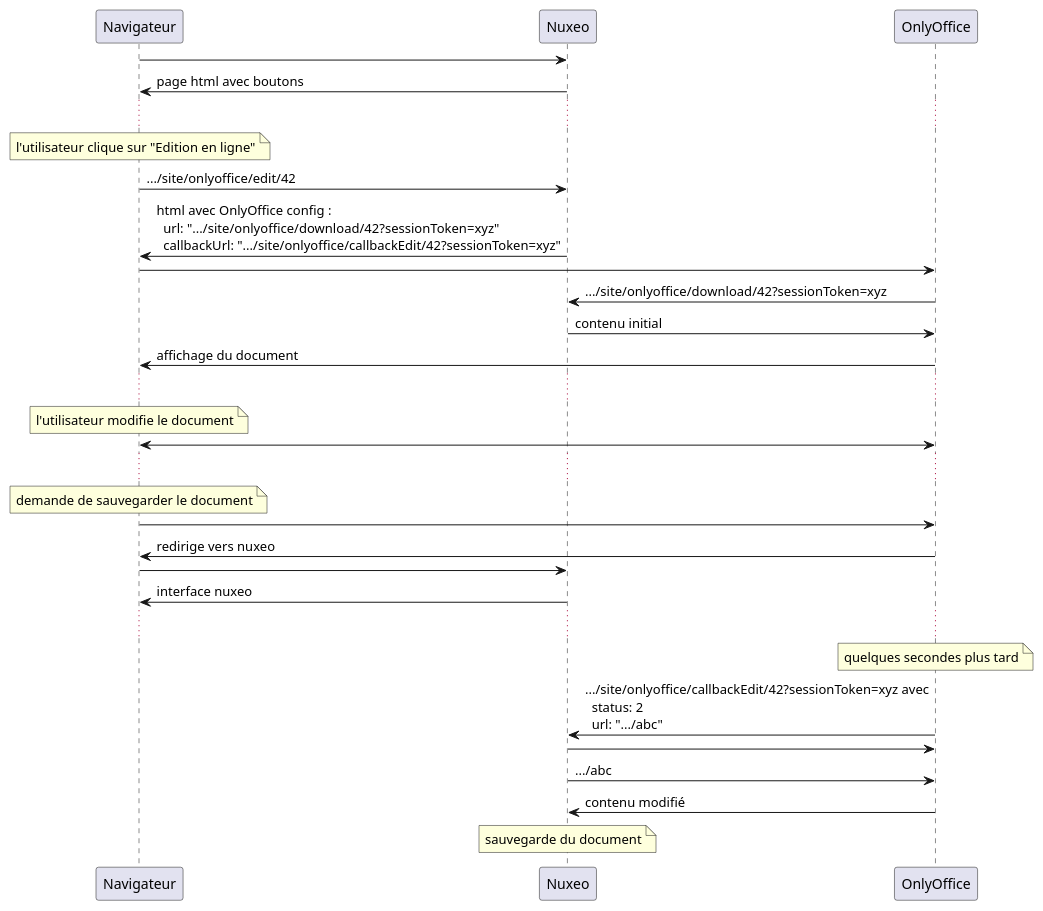
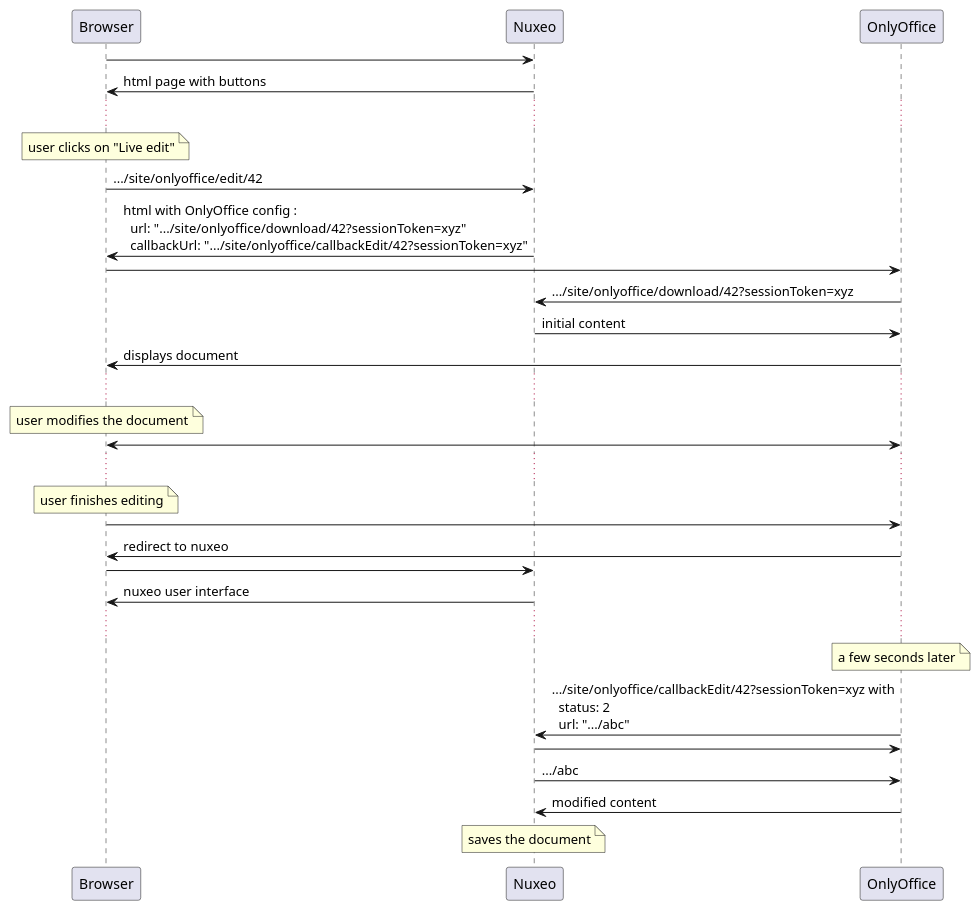
One commit to prigaux/nuxeo-onlyoffice changed the diagram in docs/diagrammes.puml. Above: the diagram before and after it, drawn with PlantUML. The commit also changed 1 other file, not shown here.

Commit message:
diagrams: english translation

```diff
--- a/docs/diagrammes.puml
+++ b/docs/diagrammes.puml
@@ -1,36 +1,36 @@
 @startuml diagramme-edit
 
-Navigateur->Nuxeo: 
-Nuxeo->Navigateur: page html avec boutons
+Browser->Nuxeo: 
+Nuxeo->Browser: html page with buttons
 
 ...
-note over Navigateur: l'utilisateur clique sur "Edition en ligne"
+note over Browser: user clicks on "Live edit"
 
-Navigateur->Nuxeo: .../site/onlyoffice/edit/42
-Nuxeo -> Navigateur: html avec OnlyOffice config :\n  url: ".../site/onlyoffice/download/42?sessionToken=xyz"\n  callbackUrl: ".../site/onlyoffice/callbackEdit/42?sessionToken=xyz"
+Browser->Nuxeo: .../site/onlyoffice/edit/42
+Nuxeo -> Browser: html with OnlyOffice config :\n  url: ".../site/onlyoffice/download/42?sessionToken=xyz"\n  callbackUrl: ".../site/onlyoffice/callbackEdit/42?sessionToken=xyz"
     
-Navigateur -> OnlyOffice
+Browser -> OnlyOffice
 OnlyOffice -> Nuxeo : .../site/onlyoffice/download/42?sessionToken=xyz
-Nuxeo -> OnlyOffice : contenu initial
-OnlyOffice -> Navigateur : affichage du document
+Nuxeo -> OnlyOffice : initial content
+OnlyOffice -> Browser : displays document
 
 ...
-note over Navigateur : l'utilisateur modifie le document
-Navigateur <-> OnlyOffice :
+note over Browser : user modifies the document
+Browser <-> OnlyOffice :
 ...
 
-note over Navigateur : demande de sauvegarder le document
-Navigateur -> OnlyOffice :
-OnlyOffice -> Navigateur : redirige vers nuxeo
-Navigateur -> Nuxeo :
-Nuxeo -> Navigateur : interface nuxeo
+note over Browser : user finishes editing
+Browser -> OnlyOffice :
+OnlyOffice -> Browser : redirect to nuxeo
+Browser -> Nuxeo :
+Nuxeo -> Browser : nuxeo user interface
 
 ...
-note over OnlyOffice : quelques secondes plus tard
-OnlyOffice -> Nuxeo : .../site/onlyoffice/callbackEdit/42?sessionToken=xyz avec\n  status: 2\n  url: ".../abc"
+note over OnlyOffice : a few seconds later
+OnlyOffice -> Nuxeo : .../site/onlyoffice/callbackEdit/42?sessionToken=xyz with\n  status: 2\n  url: ".../abc"
 Nuxeo -> OnlyOffice
 Nuxeo -> OnlyOffice : .../abc
-OnlyOffice -> Nuxeo : contenu modifié
-note over Nuxeo : sauvegarde du document
+OnlyOffice -> Nuxeo : modified content
+note over Nuxeo : saves the document
 
 @enduml
```
